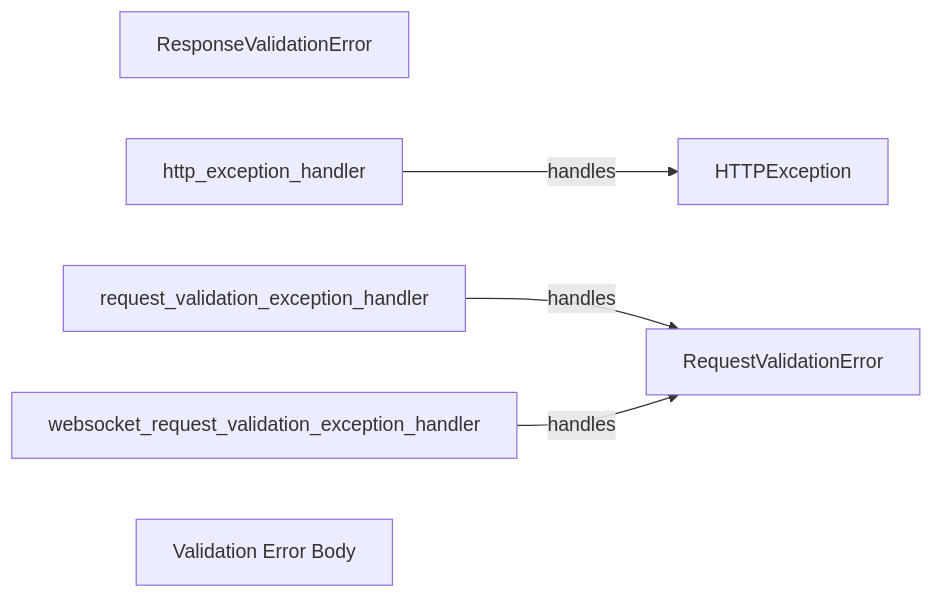
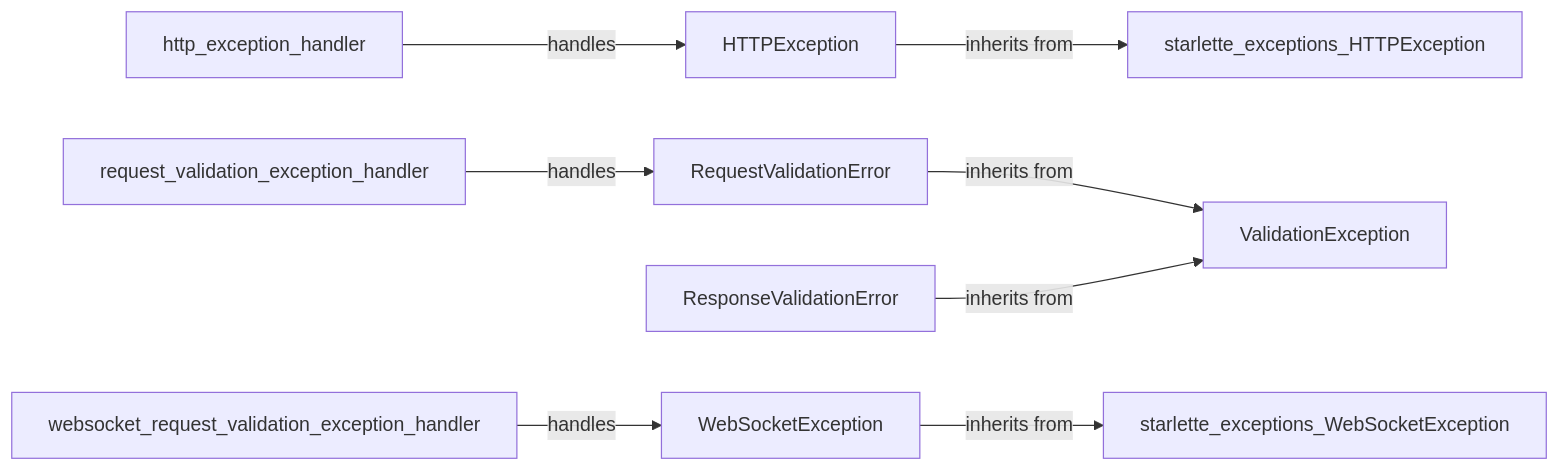
Before and after one commit to CodeBoarding/GeneratedOnBoardings: the diagram in fastapi/Exception Handling.md, drawn with Mermaid. The commit also changed other lines of this file and 15 other files, not shown here.

````diff
--- a/fastapi/Exception Handling.md
+++ b/fastapi/Exception Handling.md
@@ -1,13 +1,18 @@
 ```mermaid
 graph LR
     HTTPException["HTTPException"]
     RequestValidationError["RequestValidationError"]
     ResponseValidationError["ResponseValidationError"]
+    ValidationException["ValidationException"]
+    WebSocketException["WebSocketException"]
     http_exception_handler["http_exception_handler"]
     request_validation_exception_handler["request_validation_exception_handler"]
     websocket_request_validation_exception_handler["websocket_request_validation_exception_handler"]
-    Validation_Error_Body["Validation Error Body"]
+    HTTPException -- "inherits from" --> starlette_exceptions_HTTPException
+    RequestValidationError -- "inherits from" --> ValidationException
+    ResponseValidationError -- "inherits from" --> ValidationException
+    WebSocketException -- "inherits from" --> starlette_exceptions_WebSocketException
     http_exception_handler -- "handles" --> HTTPException
     request_validation_exception_handler -- "handles" --> RequestValidationError
-    websocket_request_validation_exception_handler -- "handles" --> RequestValidationError
+    websocket_request_validation_exception_handler -- "handles" --> WebSocketException
 ```
````
